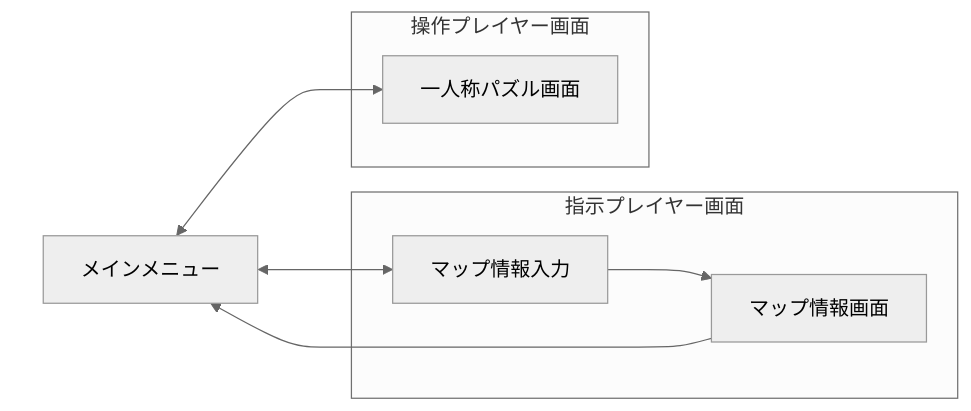
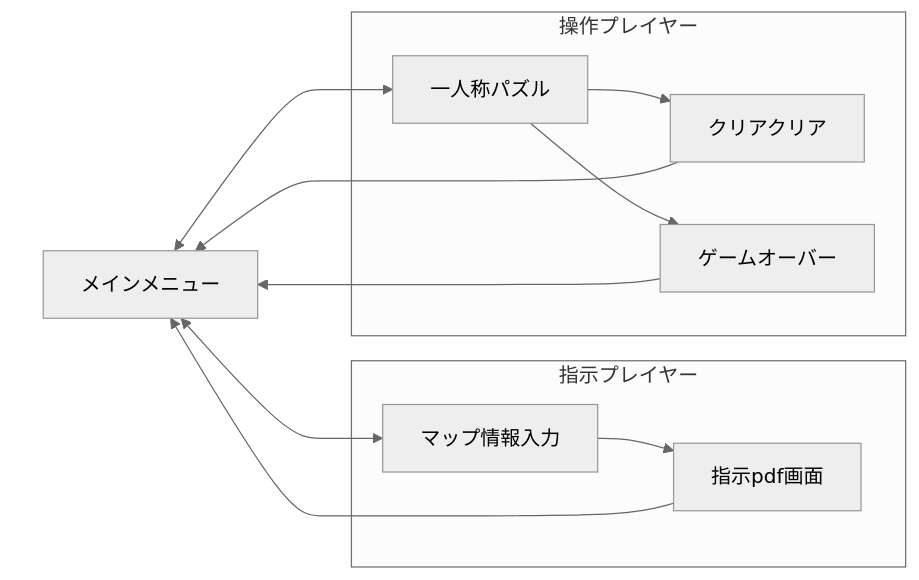
One commit to henohenon/GameMake changed the diagram in Documents/ScreenTrasition.md. Above: the diagram before and after it, drawn with Mermaid (neutral theme).

Commit message:
update screen transition

````diff
--- a/Documents/ScreenTrasition.md
+++ b/Documents/ScreenTrasition.md
@@ -1,17 +1,21 @@
 ```mermaid
 graph LR
 style mainMenu fill: #fff, stroke: #fff, color: #fff
 
     subgraph mainMenu
         メインメニュー
     end
     メインメニュー<-->マップ情報入力
-    メインメニュー<-->一人称パズル画面
-    subgraph introductionPlayer [指示プレイヤー画面]
-        マップ情報入力-->マップ情報画面
+    メインメニュー<-->一人称パズル
+    subgraph introductionPlayer [指示プレイヤー]
+        マップ情報入力-->指示pdf画面
     end
-    subgraph playPlayer [操作プレイヤー画面]
-        一人称パズル画面
+    subgraph playPlayer [操作プレイヤー]
+        一人称パズル
+        一人称パズル-->クリアクリア
+        一人称パズル-->ゲームオーバー
     end
-    マップ情報画面-->メインメニュー
+    クリアクリア-->メインメニュー
+    ゲームオーバー-->メインメニュー
+    指示pdf画面-->メインメニュー
 ```
````
